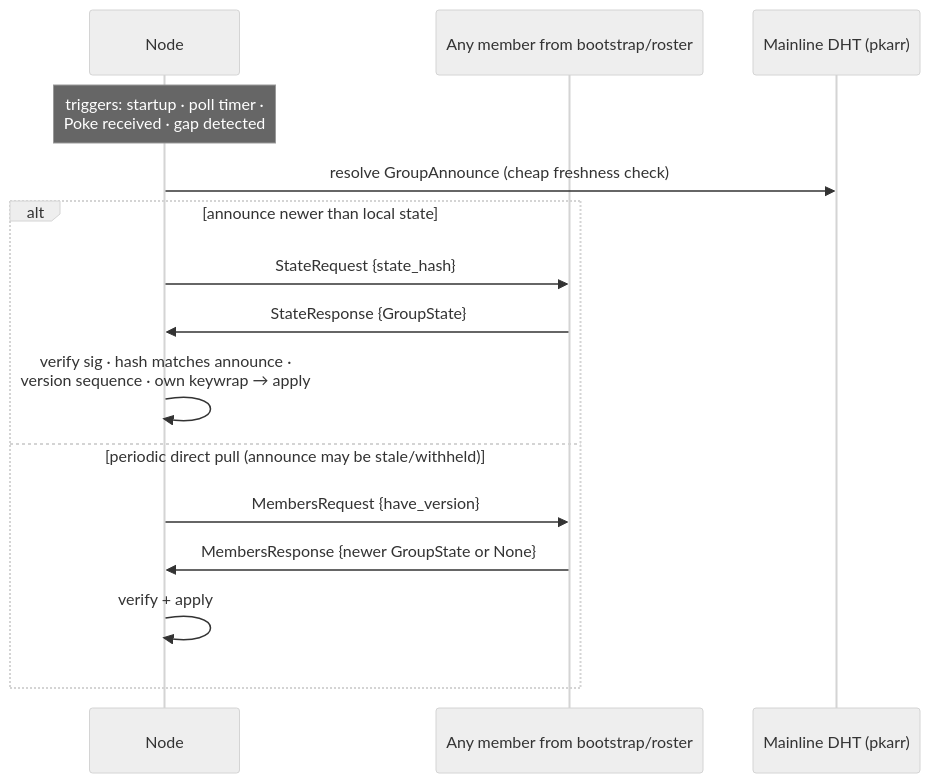
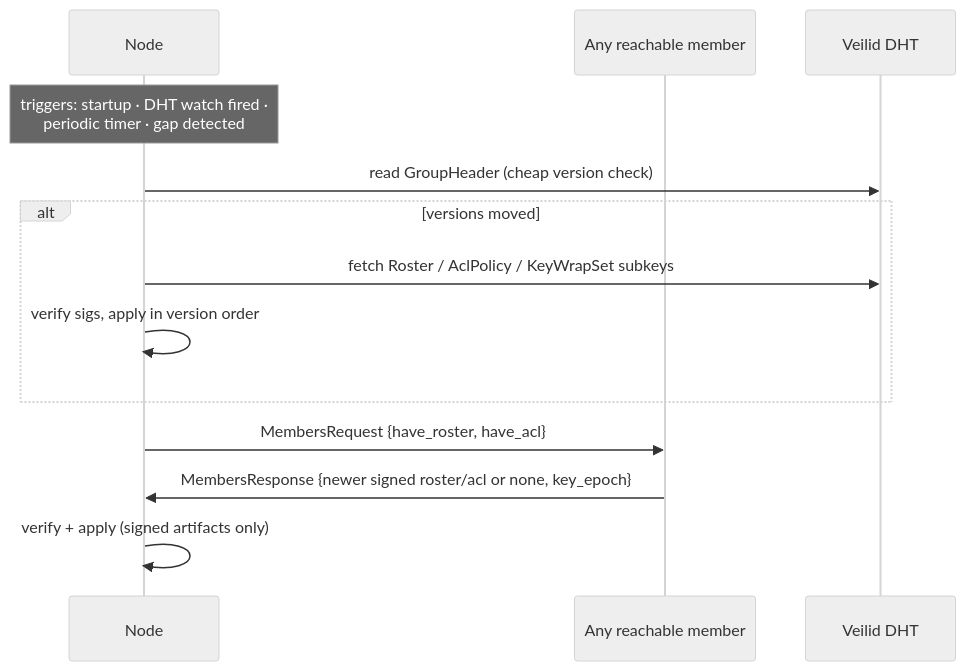
The third of 5 diagrams in docs/04-protocols.md (xoriors/rmesh), drawn with Mermaid (neutral theme) before and after one commit. The commit also changed other lines of this file and 7 other files, not shown here.

````diff
--- a/docs/04-protocols.md
+++ b/docs/04-protocols.md
@@ -51,17 +55,15 @@
 ```mermaid
 sequenceDiagram
     participant N as Node
-    participant M as Any member from bootstrap/roster
-    participant D as Mainline DHT (pkarr)
-    Note over N: triggers: startup · poll timer ·<br/>Poke received · gap detected
-    N->>D: resolve GroupAnnounce (cheap freshness check)
-    alt announce newer than local state
-        N->>M: StateRequest {state_hash}
-        M->>N: StateResponse {GroupState}
-        N->>N: verify sig · hash matches announce ·<br/>version sequence · own keywrap → apply
-    else periodic direct pull (announce may be stale/withheld)
-        N->>M: MembersRequest {have_version}
-        M->>N: MembersResponse {newer GroupState or None}
-        N->>N: verify + apply
+    participant M as Any reachable member
+    participant D as Veilid DHT
+    Note over N: triggers: startup · DHT watch fired ·<br/>periodic timer · gap detected
+    N->>D: read GroupHeader (cheap version check)
+    alt versions moved
+        N->>D: fetch Roster / AclPolicy / KeyWrapSet subkeys
+        N->>N: verify sigs, apply in version order
     end
+    N->>M: MembersRequest {have_roster, have_acl}
+    M->>N: MembersResponse {newer signed roster/acl or none, key_epoch}
+    N->>N: verify + apply (signed artifacts only)
 ```
````
